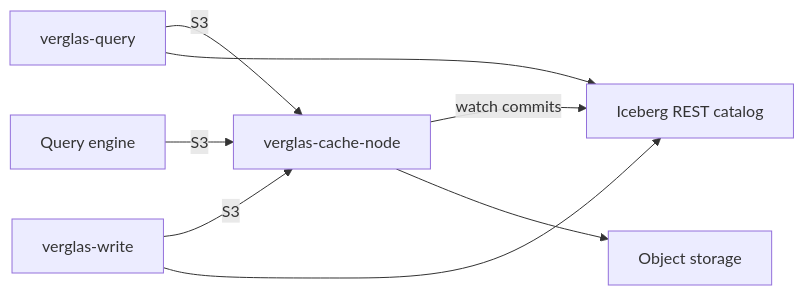
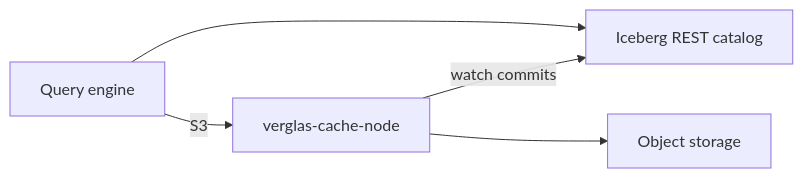
One commit to verglas-org/verglas changed the diagram in docs/architecture/overview.mdx. Above: the diagram before and after it, drawn with Mermaid. The commit also changed other lines of this file and 487 other files, not shown here.

````diff
--- a/docs/architecture/overview.mdx
+++ b/docs/architecture/overview.mdx
@@ -11,10 +11,7 @@
 ```mermaid
 flowchart LR
     E["Query engine"] -->|"S3"| C["verglas-cache-node"]
-    Q["verglas-query"] -->|"S3"| C
-    W["verglas-write"] -->|"S3"| C
-    Q --> I["Iceberg REST catalog"]
-    W --> I
+    E --> I["Iceberg REST catalog"]
     C -->|"watch commits"| I
     C --> O["Object storage"]
 ```
````
